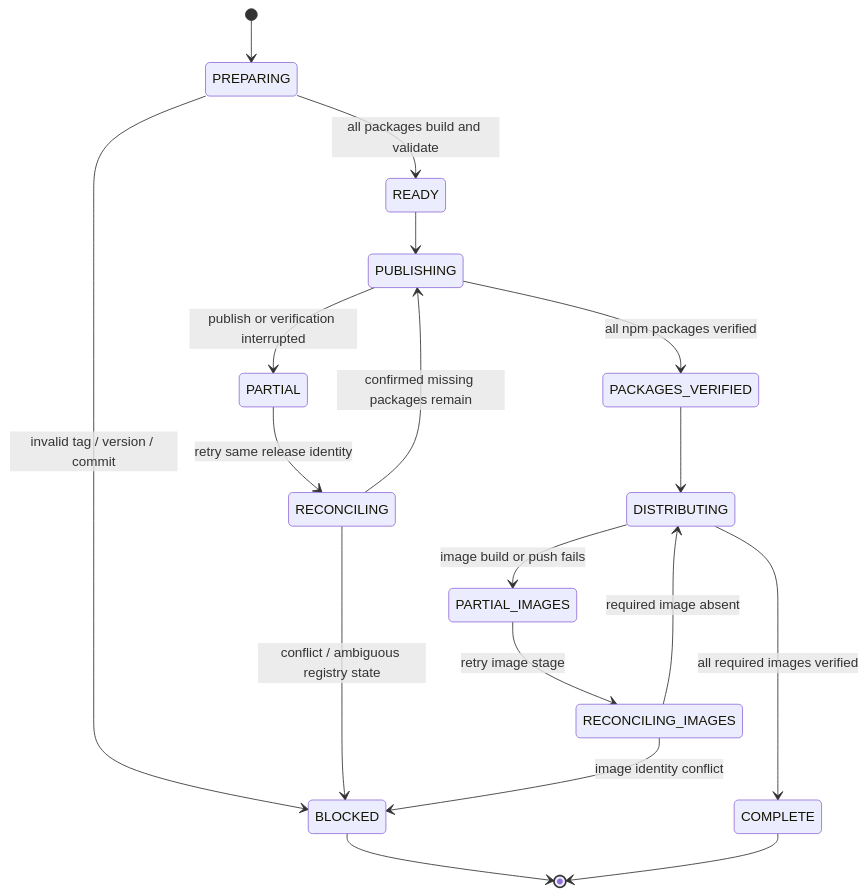
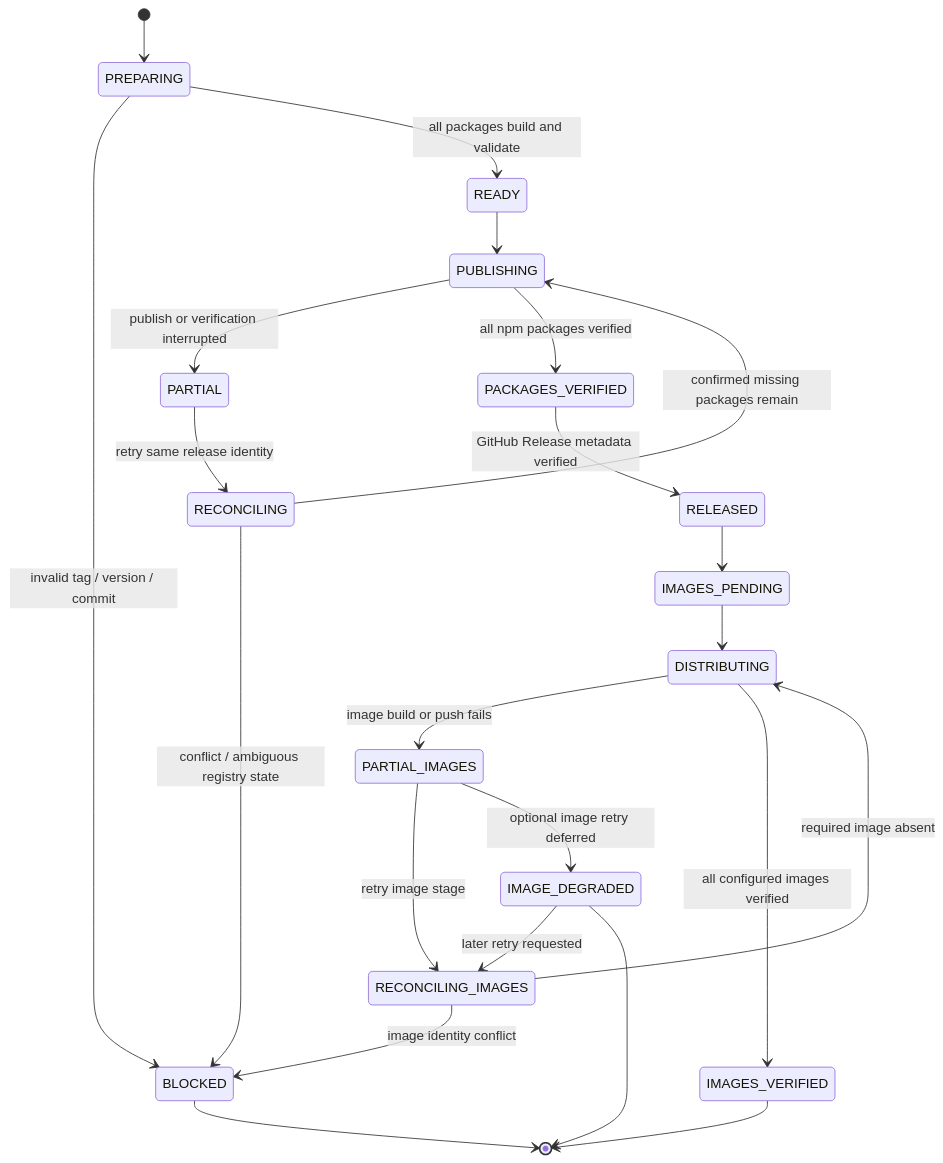
One commit to zenera-ai/ZeneraNeo changed the diagram in reports/release-recovery/release-state-machine.md. Above: the diagram before and after it, drawn with Mermaid. The commit also changed other lines of this file and 3 other files, not shown here.

````diff
--- a/reports/release-recovery/release-state-machine.md
+++ b/reports/release-recovery/release-state-machine.md
@@ -14,20 +14,25 @@
 ```mermaid
 stateDiagram-v2
     [*] --> PREPARING
     PREPARING --> BLOCKED: invalid tag / version / commit
     PREPARING --> READY: all packages build and validate
     READY --> PUBLISHING
     PUBLISHING --> PARTIAL: publish or verification interrupted
     PARTIAL --> RECONCILING: retry same release identity
     RECONCILING --> PUBLISHING: confirmed missing packages remain
     RECONCILING --> BLOCKED: conflict / ambiguous registry state
     PUBLISHING --> PACKAGES_VERIFIED: all npm packages verified
-    PACKAGES_VERIFIED --> DISTRIBUTING
+    PACKAGES_VERIFIED --> RELEASED: GitHub Release metadata verified
+    RELEASED --> IMAGES_PENDING
+    IMAGES_PENDING --> DISTRIBUTING
     DISTRIBUTING --> PARTIAL_IMAGES: image build or push fails
     PARTIAL_IMAGES --> RECONCILING_IMAGES: retry image stage
     RECONCILING_IMAGES --> DISTRIBUTING: required image absent
     RECONCILING_IMAGES --> BLOCKED: image identity conflict
-    DISTRIBUTING --> COMPLETE: all required images verified
+    DISTRIBUTING --> IMAGES_VERIFIED: all configured images verified
+    PARTIAL_IMAGES --> IMAGE_DEGRADED: optional image retry deferred
+    IMAGE_DEGRADED --> RECONCILING_IMAGES: later retry requested
+    IMAGES_VERIFIED --> [*]
+    IMAGE_DEGRADED --> [*]
     BLOCKED --> [*]
-    COMPLETE --> [*]
 ```
````
